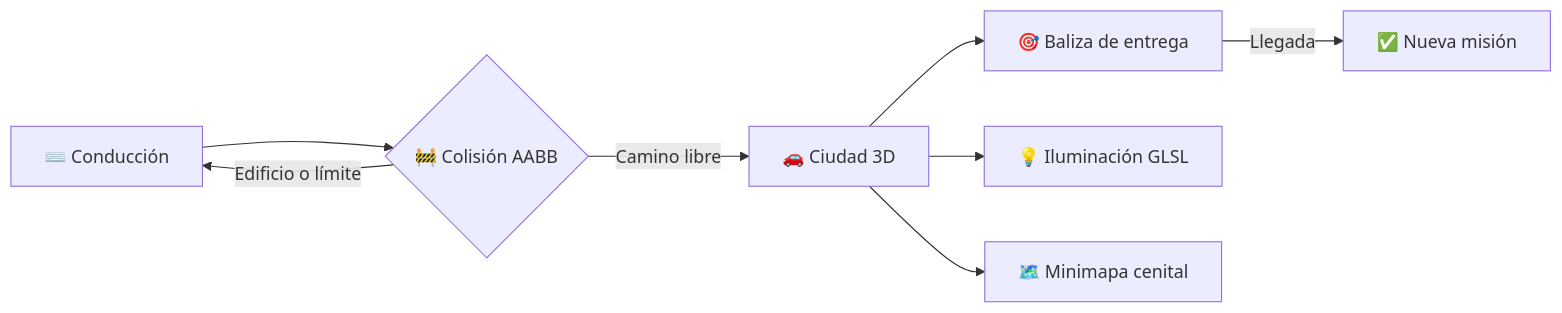
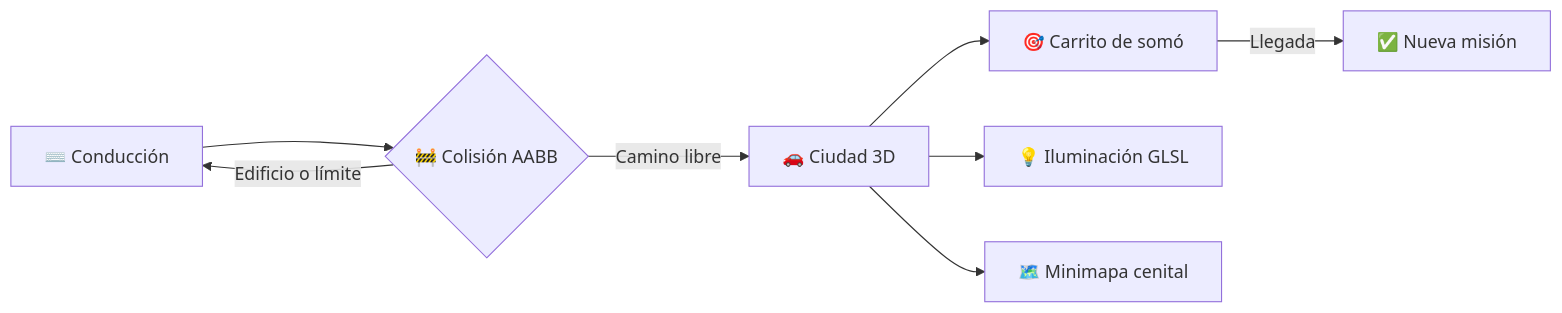
The diagram in README.md (alecaballero17/ciudad-interactiva-opengl), drawn with Mermaid before and after one commit. The commit also changed other lines of this file, not shown here.

Commit message:
Actualizar README con minibús y carrito de somó

````diff
--- a/README.md
+++ b/README.md
@@ -37,10 +37,10 @@
 ```mermaid
 flowchart LR
     A[⌨️ Conducción] --> B{🚧 Colisión AABB}
     B -->|Camino libre| C[🚗 Ciudad 3D]
     B -->|Edificio o límite| A
-    C --> D[🎯 Baliza de entrega]
+    C --> D[🎯 Carrito de somó]
     D -->|Llegada| E[✅ Nueva misión]
     C --> F[💡 Iluminación GLSL]
     C --> G[🗺️ Minimapa cenital]
 ```
````
